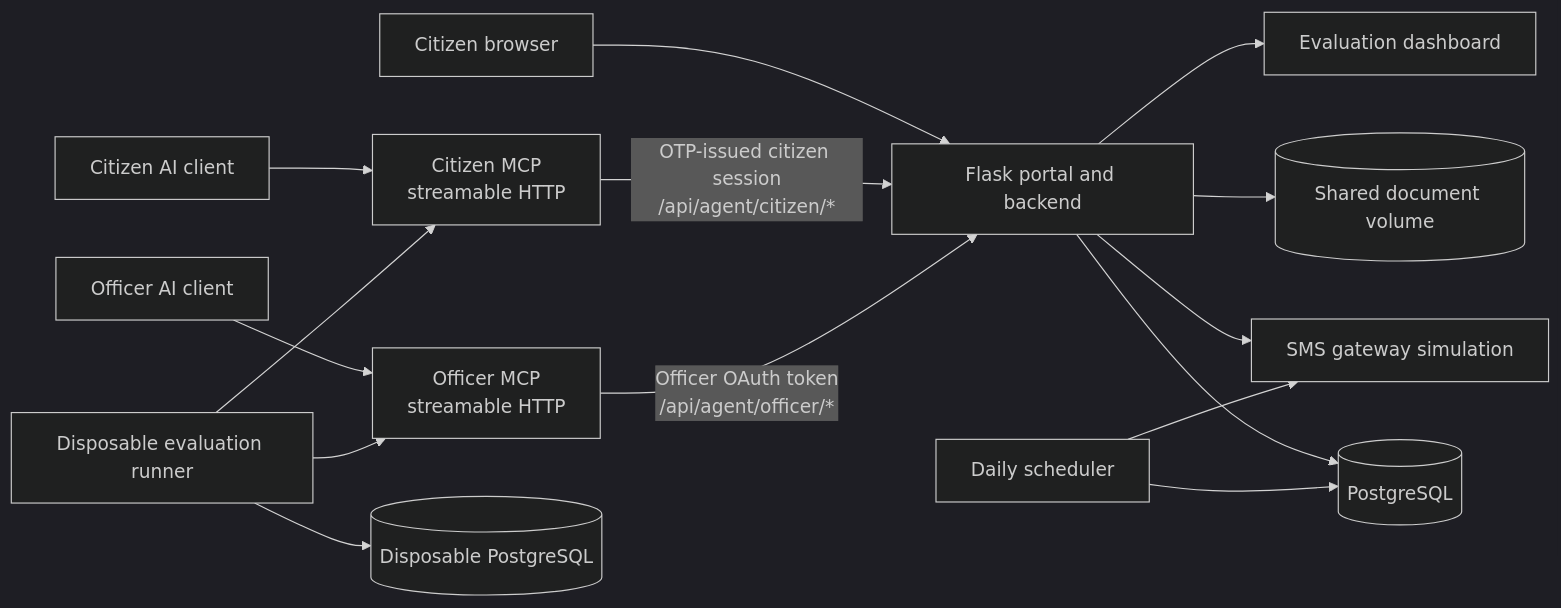
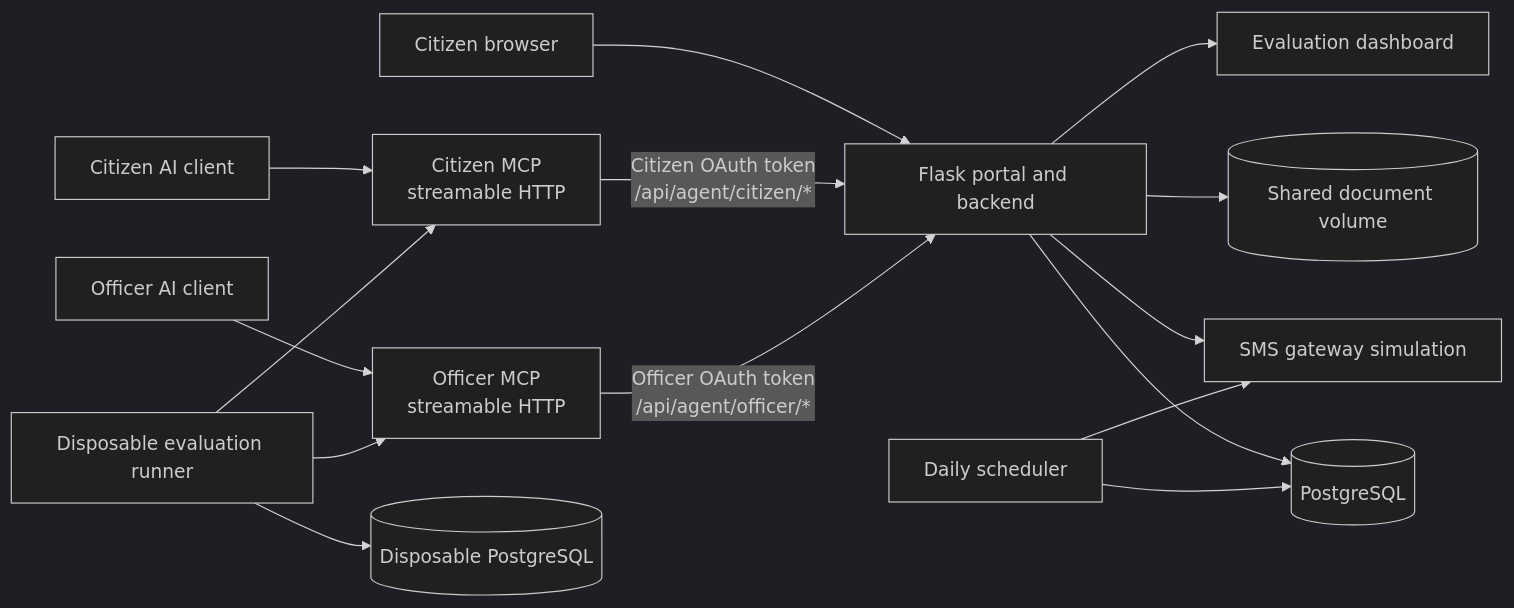
The diagram in README.md (sudipamondal072/SevaSetuPortal_AiAgent), drawn with Mermaid (dark theme) before and after one commit. The commit also changed other lines of this file and 15 other files, not shown here.

````diff
--- a/README.md
+++ b/README.md
@@ -53,17 +53,17 @@
 ```mermaid
 flowchart LR
     Citizen[Citizen browser] --> Portal[Flask portal and backend]
     CitizenAI[Citizen AI client] --> CitizenMCP[Citizen MCP<br/>streamable HTTP]
     OfficerAI[Officer AI client] --> OfficerMCP[Officer MCP<br/>streamable HTTP]
-    CitizenMCP -->|OTP-issued citizen session<br/>/api/agent/citizen/*| Portal
+    CitizenMCP -->|Citizen OAuth token<br/>/api/agent/citizen/*| Portal
     OfficerMCP -->|Officer OAuth token<br/>/api/agent/officer/*| Portal
     Portal --> DB[(PostgreSQL)]
     Portal --> Uploads[(Shared document volume)]
     Portal --> SMS[SMS gateway simulation]
     Scheduler[Daily scheduler] --> DB
     Scheduler --> SMS
     EvalRunner[Disposable evaluation runner] --> CitizenMCP
     EvalRunner --> OfficerMCP
     EvalRunner --> EvalDB[(Disposable PostgreSQL)]
     Portal --> Dashboard[Evaluation dashboard]
 ```
````
